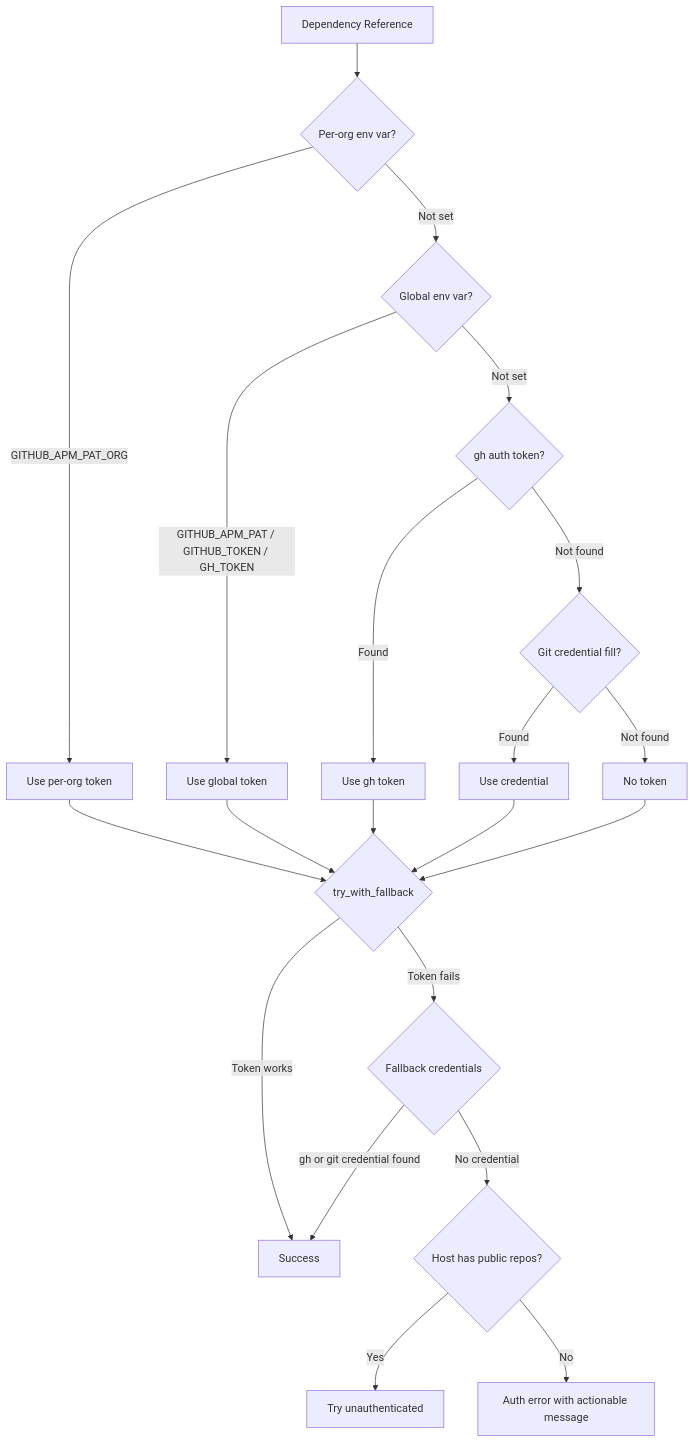
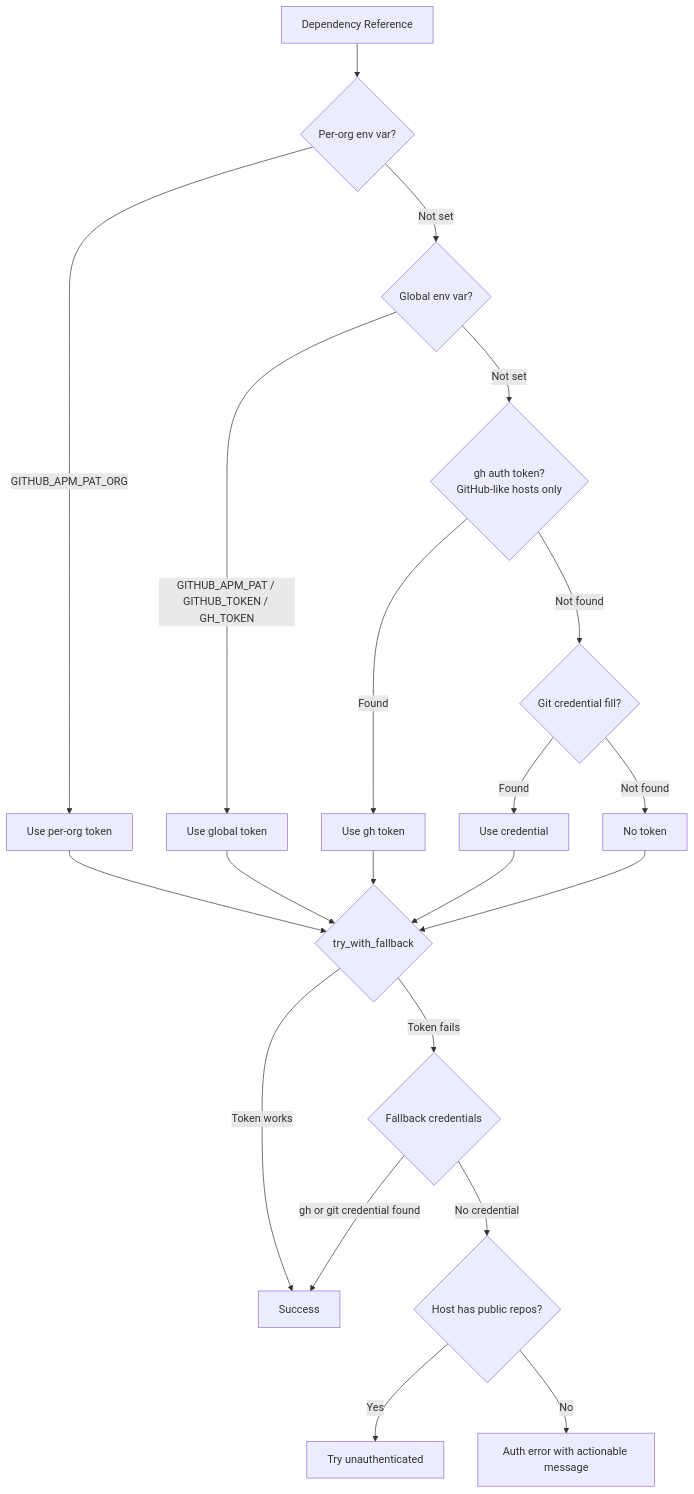
Before and after one commit to microsoft/apm: the diagram in docs/src/content/docs/getting-started/authentication.md, drawn with Mermaid. The commit also changed other lines of this file and 7 other files, not shown here.

````diff
--- a/docs/src/content/docs/getting-started/authentication.md
+++ b/docs/src/content/docs/getting-started/authentication.md
@@ -301,25 +303,25 @@
 ```mermaid
 flowchart TD
     A[Dependency Reference] --> B{Per-org env var?}
     B -->|GITHUB_APM_PAT_ORG| C[Use per-org token]
     B -->|Not set| D{Global env var?}
     D -->|GITHUB_APM_PAT / GITHUB_TOKEN / GH_TOKEN| E[Use global token]
-    D -->|Not set| F{gh auth token?}
+    D -->|Not set| F{gh auth token?<br/>GitHub-like hosts only}
     F -->|Found| G[Use gh token]
     F -->|Not found| H{Git credential fill?}
     H -->|Found| J[Use credential]
     H -->|Not found| K[No token]
 
     E --> I{try_with_fallback}
     C --> I
     G --> I
     J --> I
     K --> I
 
     I -->|Token works| L[Success]
     I -->|Token fails| M{Fallback credentials}
     M -->|gh or git credential found| L
     M -->|No credential| N{Host has public repos?}
     N -->|Yes| O[Try unauthenticated]
     N -->|No| P[Auth error with actionable message]
 ```
````
